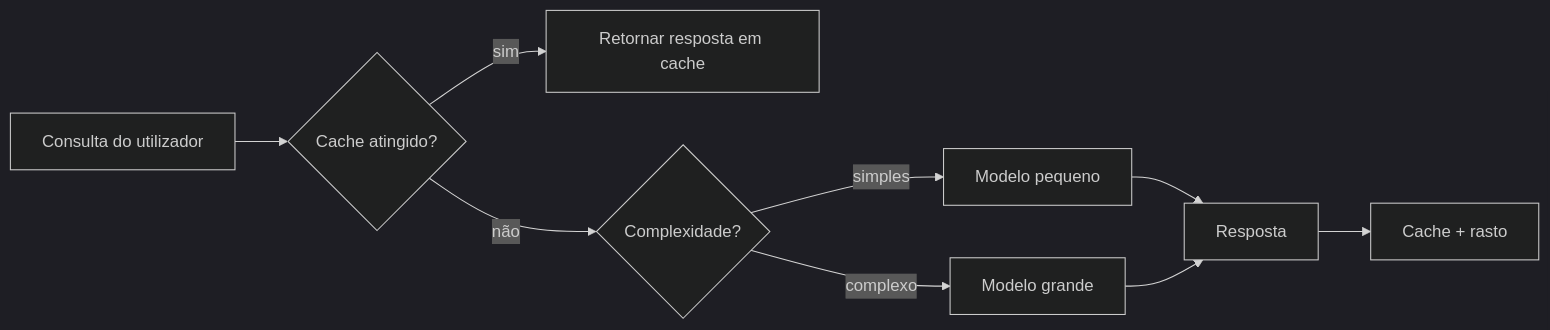
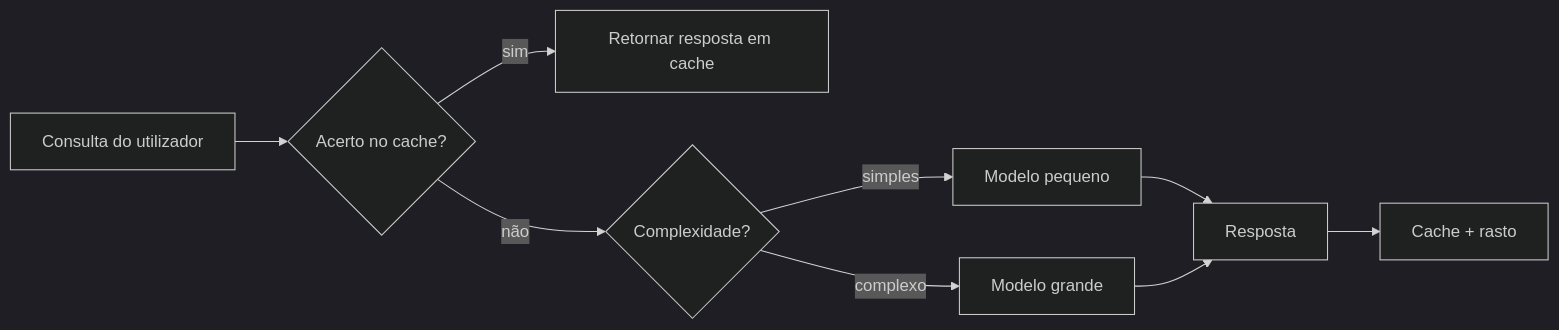
Before and after one commit to gabrielmoreira/agent-skills-mirror: the third of 4 diagrams in mirrors/repos/microsoft@ai-agents-for-beginners/translations/pt-PT/16-deploying-scalable-agents/README.md, drawn with Mermaid (dark theme). The commit also changed other lines of this file and 3581 other files, not shown here.

````diff
--- a/mirrors/repos/microsoft@ai-agents-for-beginners/translations/pt-PT/16-deploying-scalable-agents/README.md
+++ b/mirrors/repos/microsoft@ai-agents-for-beginners/translations/pt-PT/16-deploying-scalable-agents/README.md
@@ -134,11 +134,11 @@
 ```mermaid
 flowchart LR
-    Q[Consulta do utilizador] --> C{Cache atingido?}
+    Q[Consulta do utilizador] --> C{Acerto no cache?}
     C -->|sim| R[Retornar resposta em cache]
     C -->|não| Router{Complexidade?}
     Router -->|simples| SLM[Modelo pequeno]
     Router -->|complexo| LLM[Modelo grande]
     SLM --> Out[Resposta]
     LLM --> Out
     Out --> Store[Cache + rasto]
 ```
````
